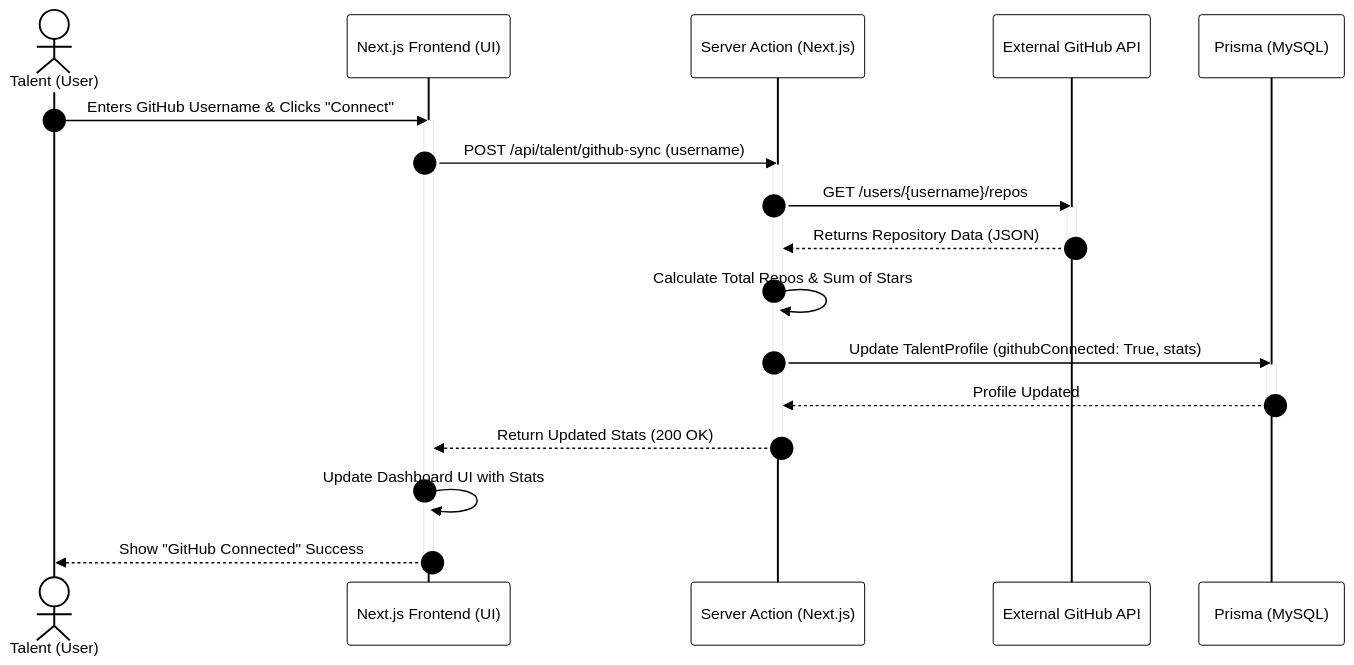
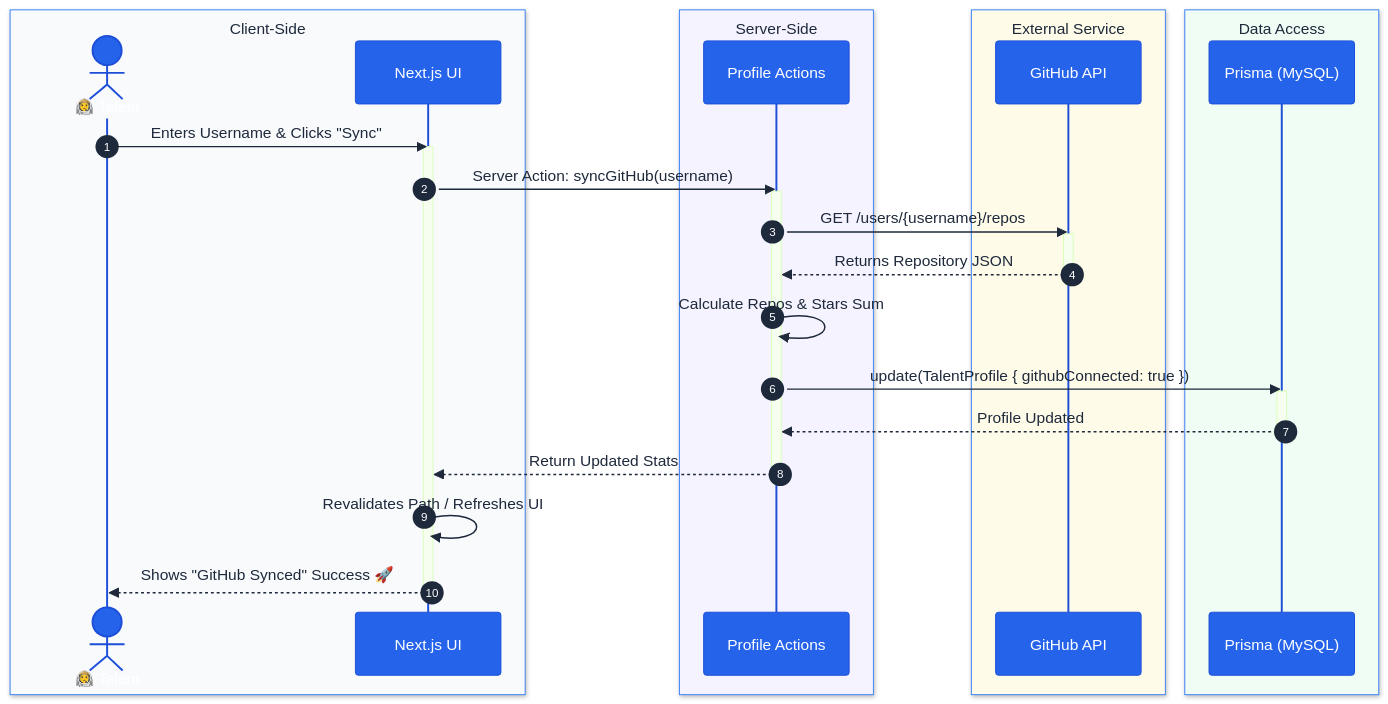
Before and after one commit to Hannankhan00/skillspill: the third of 4 diagrams in Sequence-Diagram.md, drawn with Mermaid. The commit also changed other lines of this file and 31 other files, not shown here.

````diff
--- a/Sequence-Diagram.md
+++ b/Sequence-Diagram.md
@@ -125,48 +136,59 @@
 ```mermaid
 %%{init: {
   'theme': 'base',
   'themeVariables': {
-    'primaryColor': '#ffffff',
-    'primaryTextColor': '#000000',
-    'primaryBorderColor': '#000000',
-    'lineColor': '#000000',
-    'secondaryColor': '#ffffff',
-    'tertiaryColor': '#ffffff',
-    'nodeBorder': '#000000',
-    'mainBkg': '#ffffff',
-    'fontFamily': 'arial',
-    'sequenceNumberColor': '#000000'
+    'primaryColor': '#eff6ff',
+    'primaryTextColor': '#1e293b',
+    'primaryBorderColor': '#3b82f6',
+    'lineColor': '#64748b',
+    'actorBkg': '#2563eb',
+    'actorTextColor': '#ffffff',
+    'actorBorder': '#1d4ed8',
+    'sequenceNumberColor': '#ffffff'
   }
-} }%%
+}}%%
 sequenceDiagram
     autonumber
-    actor Talent as Talent (User)
-    participant UI as Next.js Frontend (UI)
-    participant API as Server Action (Next.js)
-    participant GitHub as External GitHub API
-    participant DB as Prisma (MySQL)
+    
+    box rgb(248, 250, 252) Client-Side
+        actor Talent as 👨‍🚀 Talent
+        participant UI as Next.js UI
+    end
+    
+    box rgb(245, 243, 255) Server-Side
+        participant API as Profile Actions
+    end
+    
+    box rgb(254, 252, 232) External Service
+        participant GitHub as GitHub API
+    end
+    
+    box rgb(240, 253, 244) Data Access
+        participant DB as Prisma (MySQL)
+    end
 
-    Talent->>UI: Enters GitHub Username & Clicks "Connect"
+    Talent->>UI: Enters Username & Clicks "Sync"
     activate UI
-    UI->>API: POST /api/talent/github-sync (username)
+    
+    UI->>API: Server Action: syncGitHub(username)
     activate API
     
     API->>GitHub: GET /users/{username}/repos
     activate GitHub
-    GitHub-->>API: Returns Repository Data (JSON)
+    GitHub-->>API: Returns Repository JSON
     deactivate GitHub
     
-    API->>API: Calculate Total Repos & Sum of Stars
+    API->>API: Calculate Repos & Stars Sum
     
-    API->>DB: Update TalentProfile (githubConnected: True, stats)
+    API->>DB: update(TalentProfile { githubConnected: true })
     activate DB
     DB-->>API: Profile Updated
     deactivate DB
     
-    API-->>UI: Return Updated Stats (200 OK)
+    API-->>UI: Return Updated Stats
     deactivate API
     
-    UI->>UI: Update Dashboard UI with Stats
-    UI-->>Talent: Show "GitHub Connected" Success
+    UI->>UI: Revalidates Path / Refreshes UI
+    UI-->>Talent: Shows "GitHub Synced" Success 🚀
     deactivate UI
 ```
````
